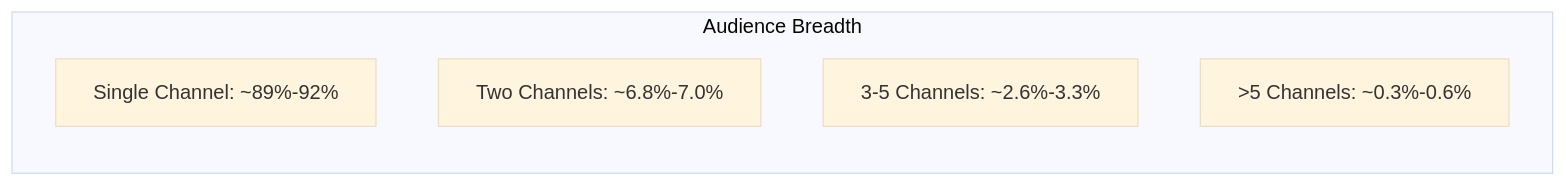
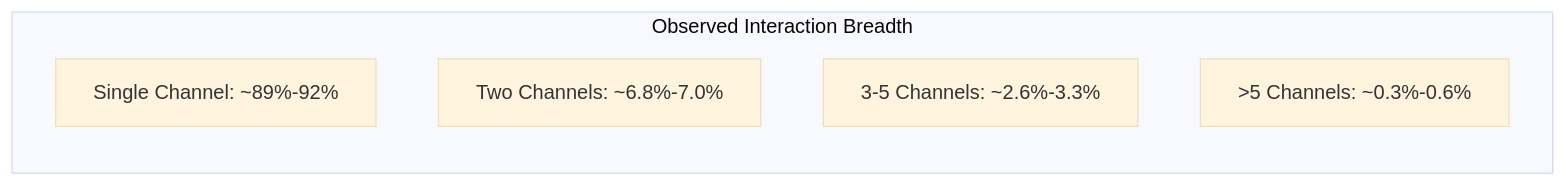
Before and after one commit to Icezaza2543/ThaiVtuberSNA: the second of 2 diagrams in docs/research_v2/LONG_RUNNING_RESEARCH_REPORT.md, drawn with Mermaid (base theme). The commit also changed other lines of this file and 32 other files, not shown here.

````diff
--- a/docs/research_v2/LONG_RUNNING_RESEARCH_REPORT.md
+++ b/docs/research_v2/LONG_RUNNING_RESEARCH_REPORT.md
@@ -120,9 +116,9 @@
 ```mermaid
 graph LR
-    subgraph Audience Breadth
+    subgraph Observed Interaction Breadth
         A[Single Channel: ~89%-92%]
         B[Two Channels: ~6.8%-7.0%]
         C[3-5 Channels: ~2.6%-3.3%]
         D[>5 Channels: ~0.3%-0.6%]
     end
 ```
````
